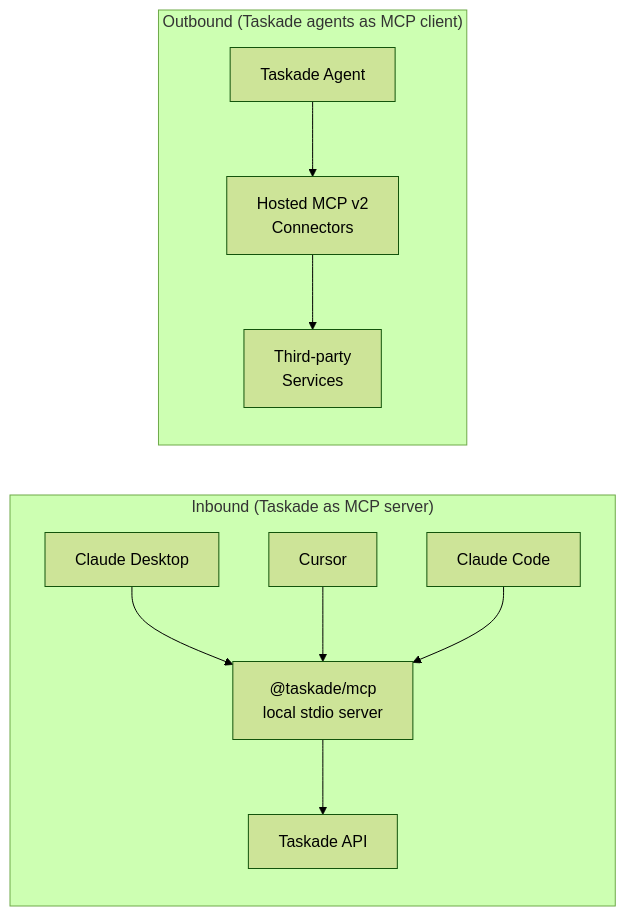
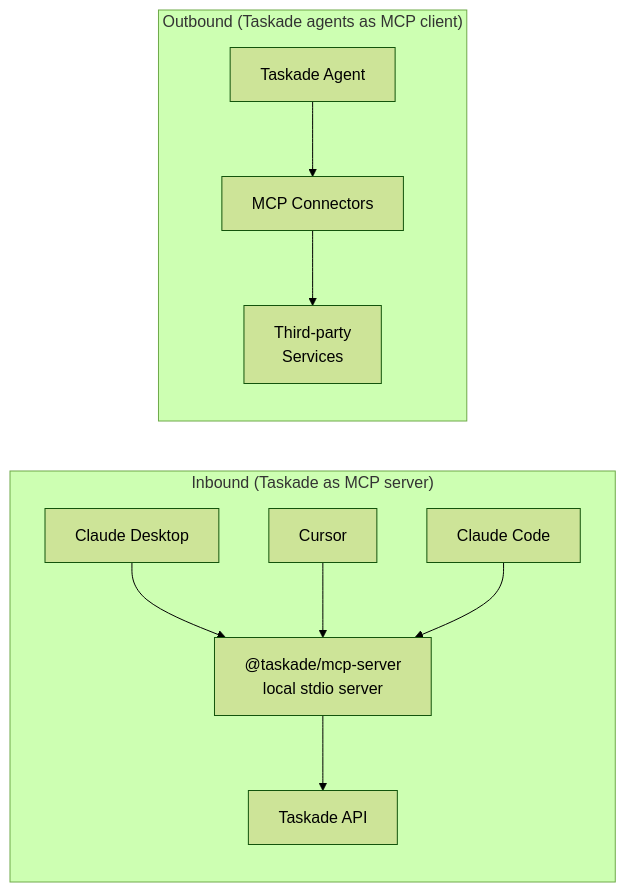
Before and after one commit to taskade/docs: the diagram in apis-living-system-development/workspace-mcp-advanced.md, drawn with Mermaid (forest theme). The commit also changed other lines of this file and 14 other files, not shown here.

````diff
--- a/apis-living-system-development/workspace-mcp-advanced.md
+++ b/apis-living-system-development/workspace-mcp-advanced.md
@@ -29,23 +29,23 @@
 ```mermaid
 graph LR
     subgraph "Inbound (Taskade as MCP server)"
         direction TB
         CLIENT1[Claude Desktop]
         CLIENT2[Cursor]
         CLIENT3[Claude Code]
-        MCP_LOCAL["@taskade/mcp<br/>local stdio server"]
+        MCP_LOCAL["@taskade/mcp-server<br/>local stdio server"]
         CLIENT1 --> MCP_LOCAL
         CLIENT2 --> MCP_LOCAL
         CLIENT3 --> MCP_LOCAL
         MCP_LOCAL --> TASKADE_API[Taskade API]
     end
 
     subgraph "Outbound (Taskade agents as MCP client)"
         direction TB
         AGENT[Taskade Agent]
-        HOSTED[Hosted MCP v2<br/>Connectors]
+        HOSTED[MCP Connectors]
         EXTERNAL[Third-party<br/>Services]
         AGENT --> HOSTED
         HOSTED --> EXTERNAL
     end
 ```
````
